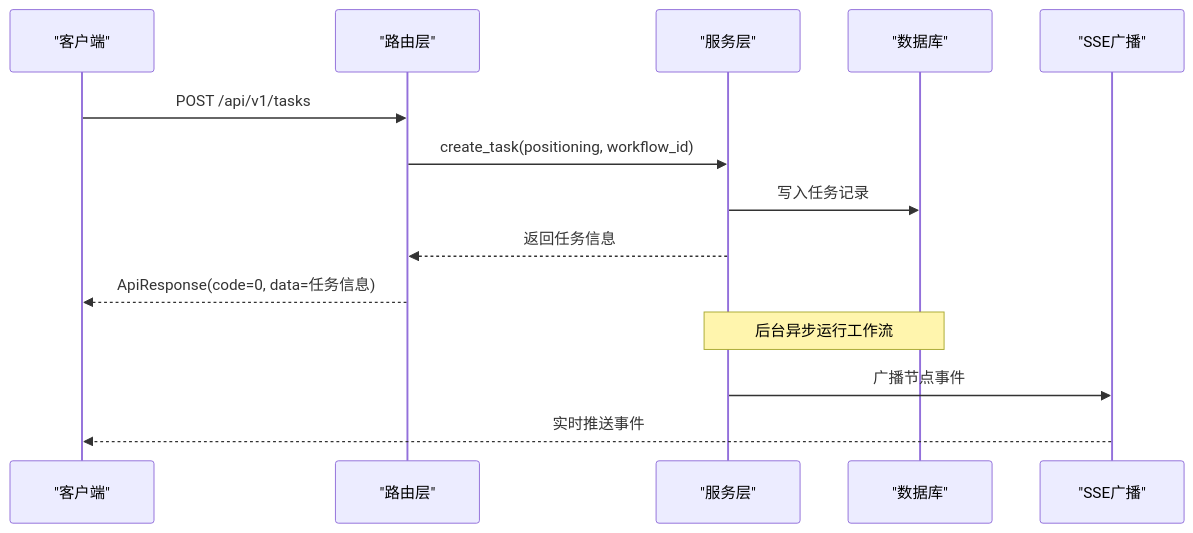
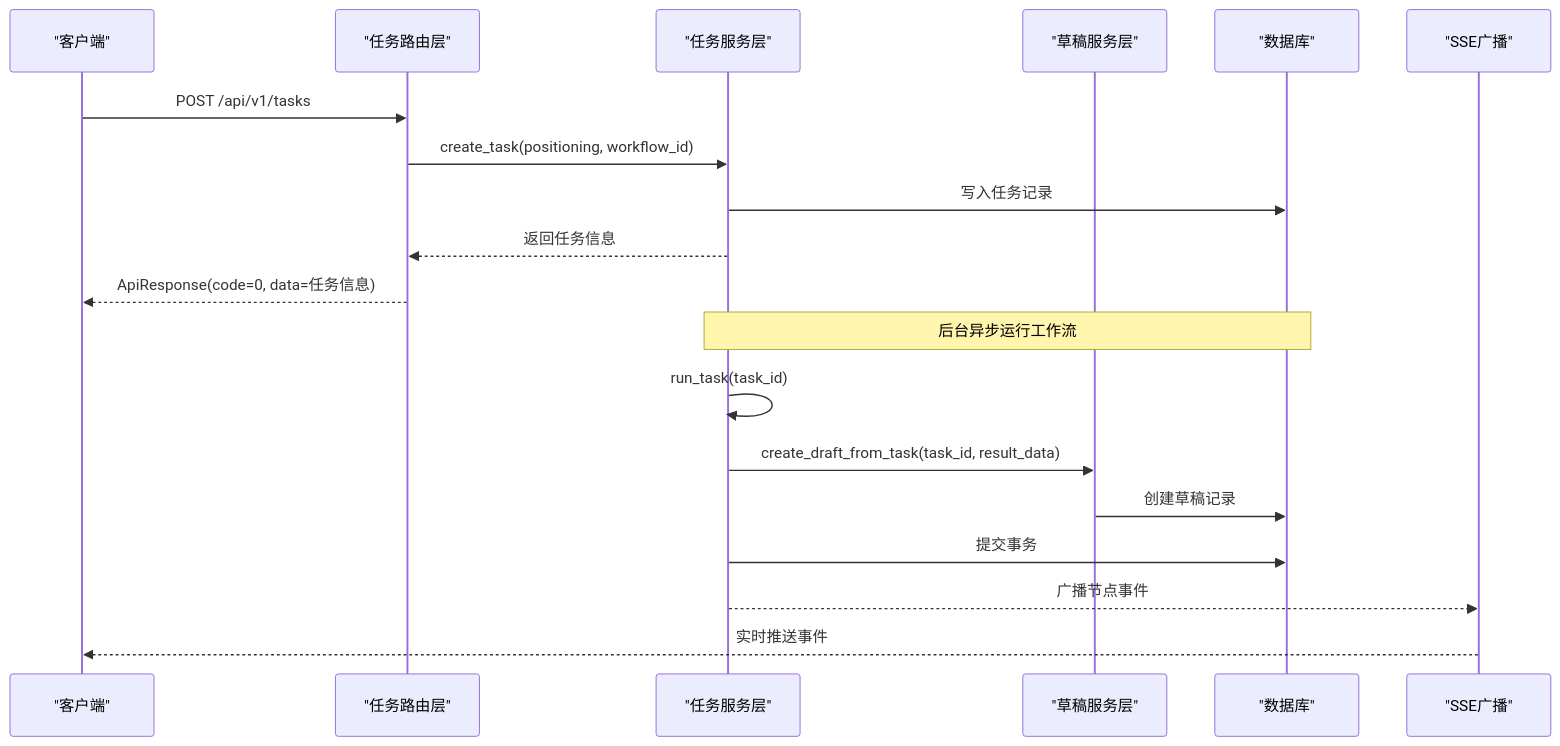
One commit to sansansansansan2022-web/hotclaw changed the second of 7 diagrams in .qoder/repowiki/zh/content/API接口文档/任务管理API.md. Above: the diagram before and after it, drawn with Mermaid. The commit also changed other lines of this file and 44 other files, not shown here.

````diff
--- a/.qoder/repowiki/zh/content/API接口文档/任务管理API.md
+++ b/.qoder/repowiki/zh/content/API接口文档/任务管理API.md
@@ -102,16 +116,21 @@
 ```mermaid
 sequenceDiagram
 participant Client as "客户端"
-participant Router as "路由层"
-participant Service as "服务层"
+participant TaskRouter as "任务路由层"
+participant TaskService as "任务服务层"
+participant DraftService as "草稿服务层"
 participant DB as "数据库"
 participant SSE as "SSE广播"
-Client->>Router : POST /api/v1/tasks
-Router->>Service : create_task(positioning, workflow_id)
-Service->>DB : 写入任务记录
-Service-->>Router : 返回任务信息
-Router-->>Client : ApiResponse(code=0, data=任务信息)
-Note over Service,DB : 后台异步运行工作流
-Service->>SSE : 广播节点事件
+Client->>TaskRouter : POST /api/v1/tasks
+TaskRouter->>TaskService : create_task(positioning, workflow_id)
+TaskService->>DB : 写入任务记录
+TaskService-->>TaskRouter : 返回任务信息
+TaskRouter-->>Client : ApiResponse(code=0, data=任务信息)
+Note over TaskService,DB : 后台异步运行工作流
+TaskService->>TaskService : run_task(task_id)
+TaskService->>DraftService : create_draft_from_task(task_id, result_data)
+DraftService->>DB : 创建草稿记录
+TaskService->>DB : 提交事务
+TaskService-->>SSE : 广播节点事件
 SSE-->>Client : 实时推送事件
 ```
````
